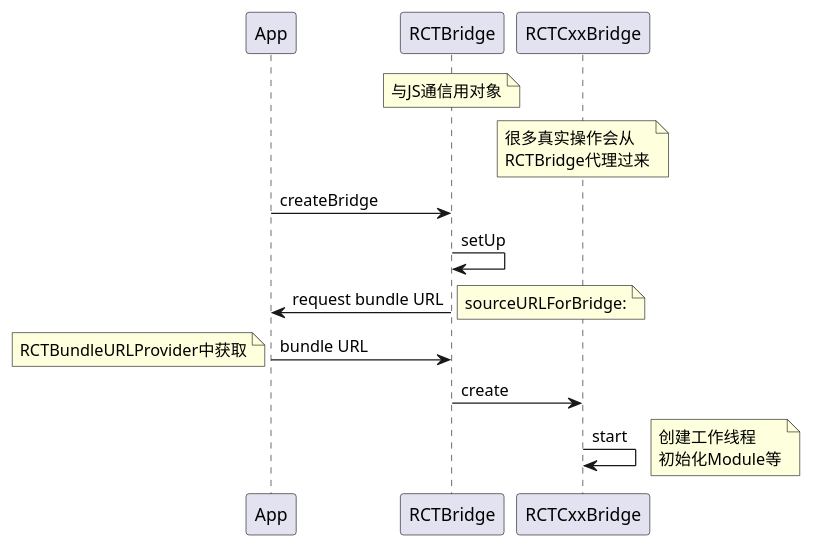
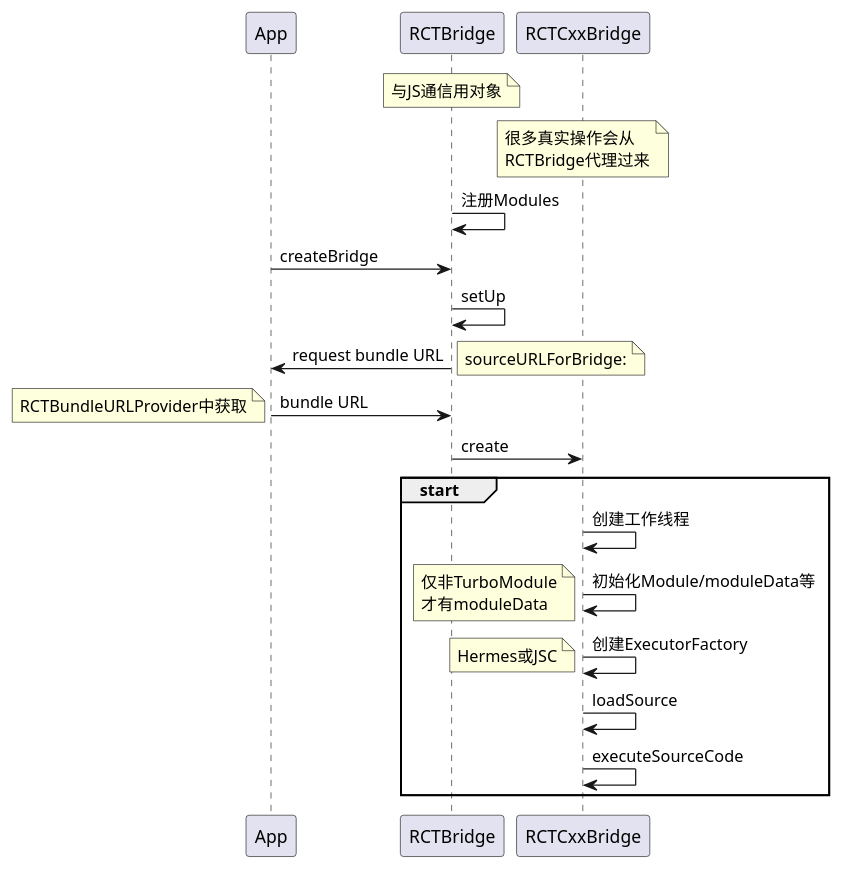
The diagram in DevPlatform/RN/flow.puml (matthewyan/matthewyan.github.io), drawn with PlantUML before and after one commit. The commit also changed 4 other files, not shown here.

```diff
--- a/DevPlatform/RN/flow.puml
+++ b/DevPlatform/RN/flow.puml
@@ -3,21 +3,33 @@
 @startuml Bundle加载时序
 
 participant App
 participant RCTBridge
 participant RCTCxxBridge
 
 note over RCTBridge: 与JS通信用对象
 note over RCTCxxBridge: 很多真实操作会从\nRCTBridge代理过来
 
+RCTBridge -> RCTBridge: 注册Modules
+
 App -> RCTBridge: createBridge
 RCTBridge -> RCTBridge: setUp
 RCTBridge -> App: request bundle URL
 note right: sourceURLForBridge:
 App -> RCTBridge: bundle URL
 note left: RCTBundleURLProvider中获取
 
 RCTBridge -> RCTCxxBridge: create
-RCTCxxBridge -> RCTCxxBridge: start
-note right: 创建工作线程\n初始化Module等
+
+group start
+RCTCxxBridge -> RCTCxxBridge: 创建工作线程
+RCTCxxBridge -> RCTCxxBridge: 初始化Module/moduleData等
+note left: 仅非TurboModule\n才有moduleData
+RCTCxxBridge -> RCTCxxBridge: 创建ExecutorFactory
+note left: Hermes或JSC
+
+RCTCxxBridge -> RCTCxxBridge: loadSource
+RCTCxxBridge -> RCTCxxBridge: executeSourceCode
+
+end
 
 @enduml
```
